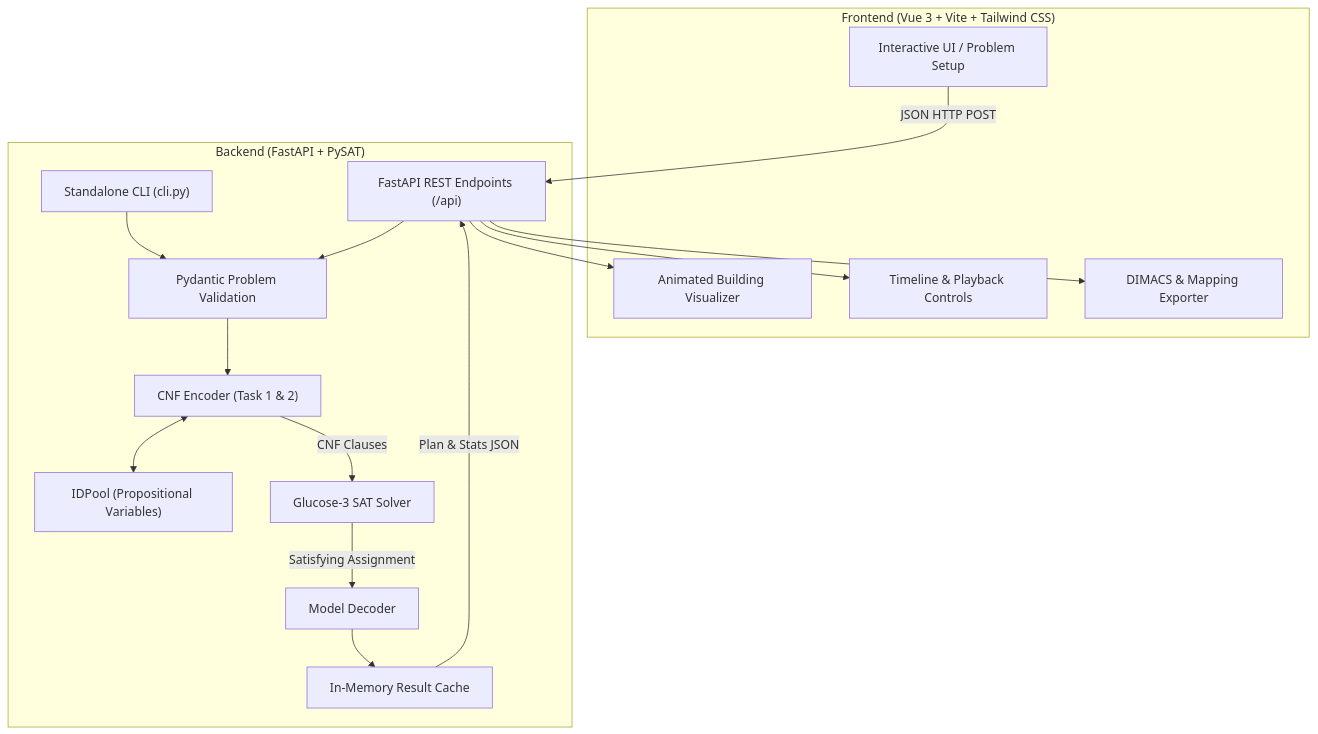
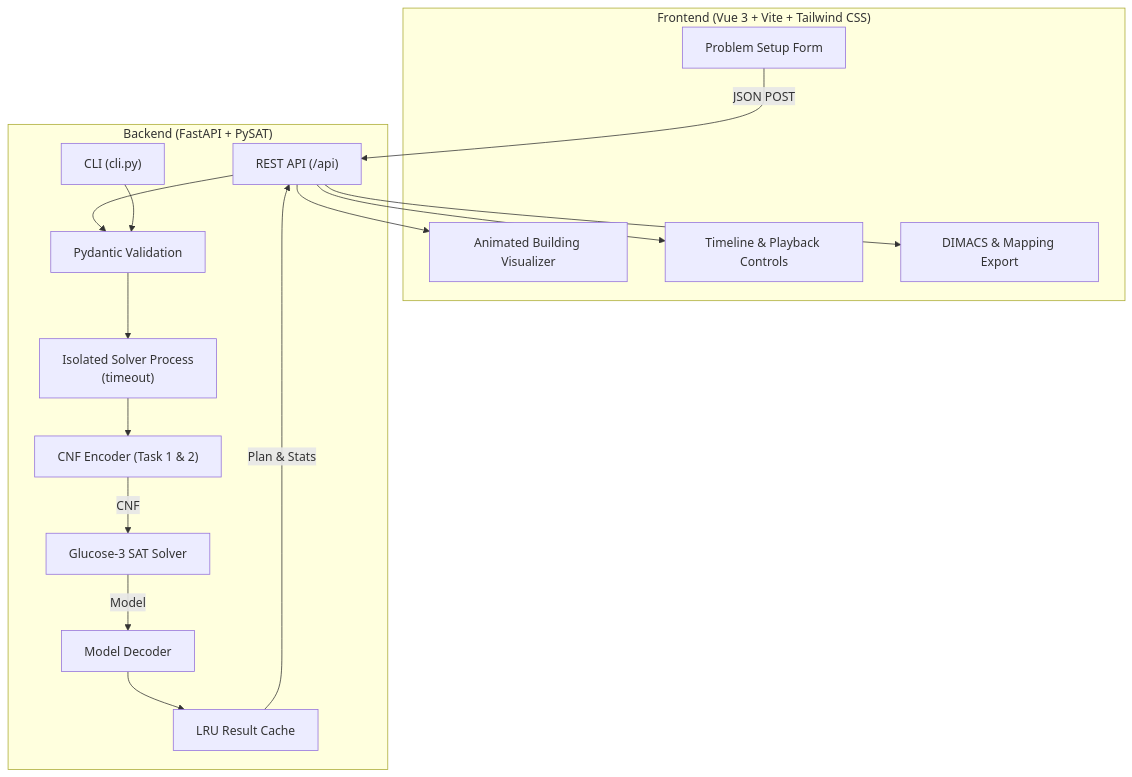
The diagram in README.md (simo-macca/toc-movers-sat), drawn with Mermaid before and after one commit. The commit also changed other lines of this file and 68 other files, not shown here.

````diff
--- a/README.md
+++ b/README.md
@@ -59,33 +67,30 @@
 ```mermaid
 flowchart TD
     subgraph Frontend ["Frontend (Vue 3 + Vite + Tailwind CSS)"]
-        UI["Interactive UI / Problem Setup"]
+        UI["Problem Setup Form"]
         Viz["Animated Building Visualizer"]
         Ctrl["Timeline & Playback Controls"]
-        Exp["DIMACS & Mapping Exporter"]
+        Exp["DIMACS & Mapping Export"]
     end
 
     subgraph Backend ["Backend (FastAPI + PySAT)"]
-        API["FastAPI REST Endpoints (/api)"]
-        CLI["Standalone CLI (cli.py)"]
-        Val["Pydantic Problem Validation"]
+        API["REST API (/api)"]
+        CLI["CLI (cli.py)"]
+        Val["Pydantic Validation"]
+        Proc["Isolated Solver Process<br>(timeout)"]
         Enc["CNF Encoder (Task 1 & 2)"]
-        Pool["IDPool (Propositional Variables)"]
         G3["Glucose-3 SAT Solver"]
         Dec["Model Decoder"]
-        Cache["In-Memory Result Cache"]
+        Cache["LRU Result Cache"]
     end
 
-    UI -->|JSON HTTP POST| API
+    UI -->|JSON POST| API
+    API --> Val --> Proc --> Enc
     CLI --> Val
-    API --> Val
-    Val --> Enc
-    Enc <--> Pool
-    Enc -->|CNF Clauses| G3
-    G3 -->|Satisfying Assignment| Dec
+    Enc -->|CNF| G3 -->|Model| Dec
     Dec --> Cache
-    Cache -->|Plan & Stats JSON| API
+    Cache -->|Plan & Stats| API
     API --> Viz
     API --> Ctrl
     API --> Exp
 ```
````
